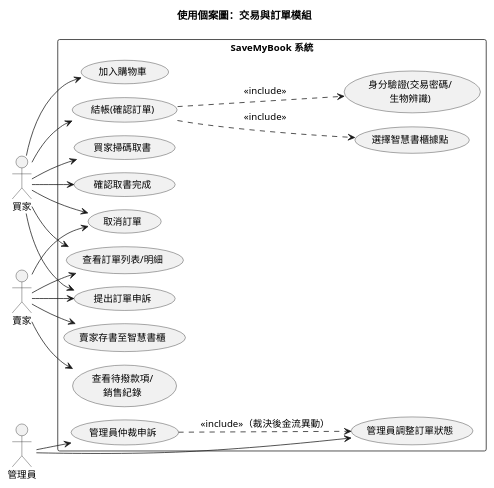
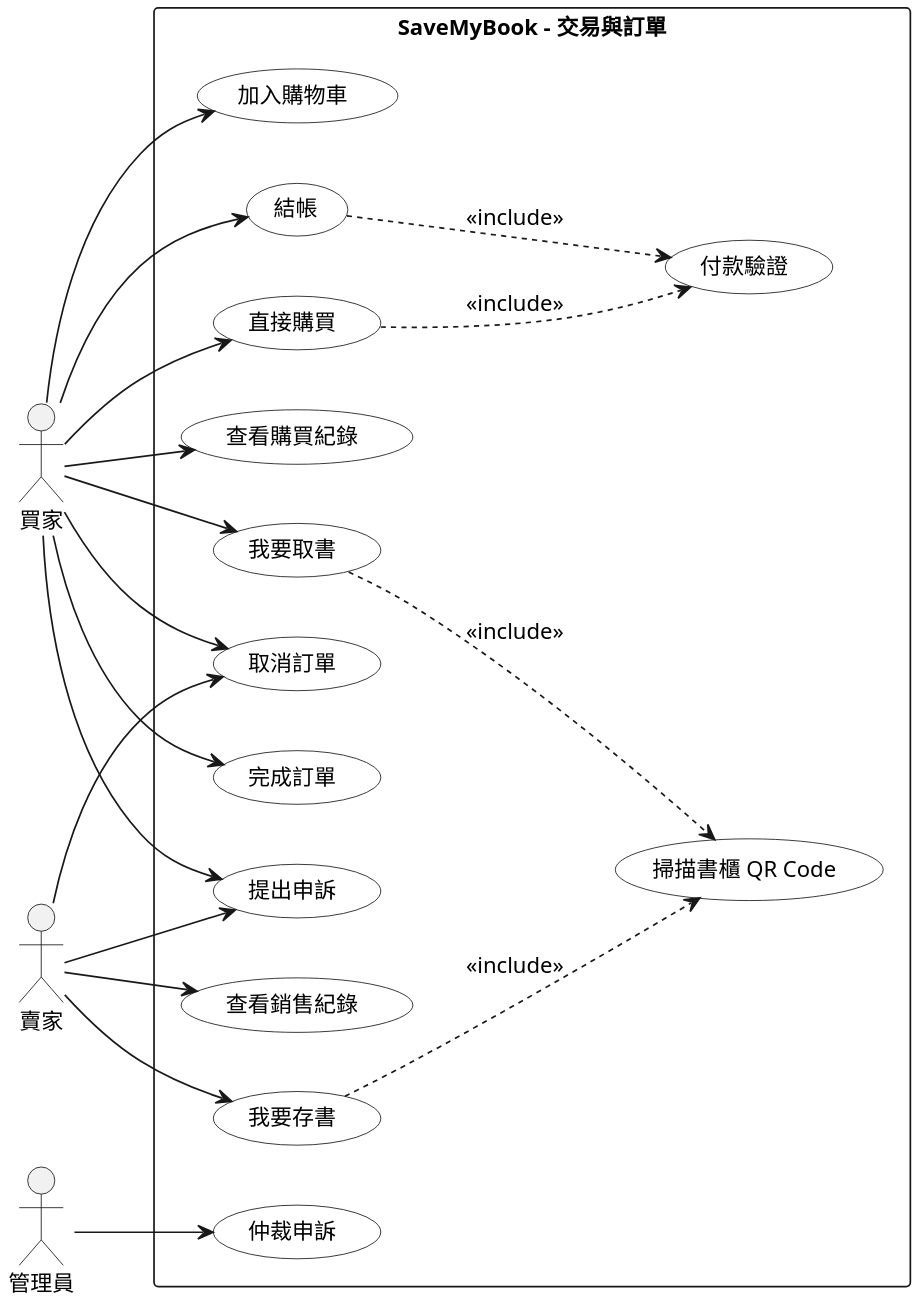
The diagram in Diagrams/Use Case/v3/uc_orders.puml (SaveMyBook/SaveMyBook), drawn with PlantUML before and after one commit. The commit also changed 268 other files, not shown here.

```diff
--- a/Diagrams/Use Case/v3/uc_orders.puml
+++ b/Diagrams/Use Case/v3/uc_orders.puml
@@ -1,47 +1,49 @@
 @startuml
-!pragma layout smetana
-skinparam defaultFontName "Microsoft JhengHei"
+skinparam monochrome true
+skinparam shadowing false
+skinparam dpi 220
+skinparam defaultFontName "PingFang TC"
 skinparam defaultFontSize 13
+skinparam usecase {
+  BackgroundColor white
+}
 left to right direction
-title 使用個案圖：交易與訂單模組
 
-actor 買家 as Buyer
-actor 賣家 as Seller
-actor 管理員 as Admin
+actor 買家
+actor 賣家
+actor 管理員
 
-rectangle "SaveMyBook 系統" {
-  usecase "加入購物車" as UC1
-  usecase "結帳(確認訂單)" as UC2
-  usecase "身分驗證(交易密碼/\n生物辨識)" as UC3
-  usecase "查看訂單列表/明細" as UC4
-  usecase "賣家存書至智慧書櫃" as UC5
-  usecase "買家掃碼取書" as UC6
-  usecase "確認取書完成" as UC7
-  usecase "取消訂單" as UC8
-  usecase "提出訂單申訴" as UC9
-  usecase "查看待撥款項/\n銷售紀錄" as UC10
-  usecase "管理員仲裁申訴" as UC11
-  usecase "管理員調整訂單狀態" as UC12
-  usecase "選擇智慧書櫃據點" as UC13
+rectangle "SaveMyBook - 交易與訂單" {
+  usecase "加入購物車" as cart
+  usecase "結帳" as checkout
+  usecase "直接購買" as buynow
+  usecase "付款驗證" as verify
+  usecase "查看購買紀錄" as history
+  usecase "我要取書" as pickup
+  usecase "掃描書櫃 QR Code" as scan
+  usecase "完成訂單" as complete
+  usecase "提出申訴" as dispute
+  usecase "查看銷售紀錄" as sales
+  usecase "我要存書" as deposit
+  usecase "取消訂單" as cancel
+  usecase "仲裁申訴" as arbitrate
 }
 
-Buyer --> UC1
-Buyer --> UC2
-UC2 ..> UC3 : <<include>>
-UC2 ..> UC13 : <<include>>
-Buyer --> UC4
-Buyer --> UC6
-Buyer --> UC7
-Buyer --> UC8
-Buyer --> UC9
-
-Seller --> UC5
-Seller --> UC4
-Seller --> UC8
-Seller --> UC9
-Seller --> UC10
-
-Admin --> UC11
-Admin --> UC12
-UC11 ..> UC12 : <<include>>（裁決後金流異動）
+買家 --> cart
+買家 --> checkout
+買家 --> buynow
+買家 --> history
+買家 --> pickup
+買家 --> complete
+買家 --> dispute
+買家 --> cancel
+checkout ..> verify : <<include>>
+buynow ..> verify : <<include>>
+pickup ..> scan : <<include>>
+賣家 --> sales
+賣家 --> deposit
+賣家 --> cancel
+賣家 --> dispute
+deposit ..> scan : <<include>>
+管理員 --> arbitrate
 @enduml
```
